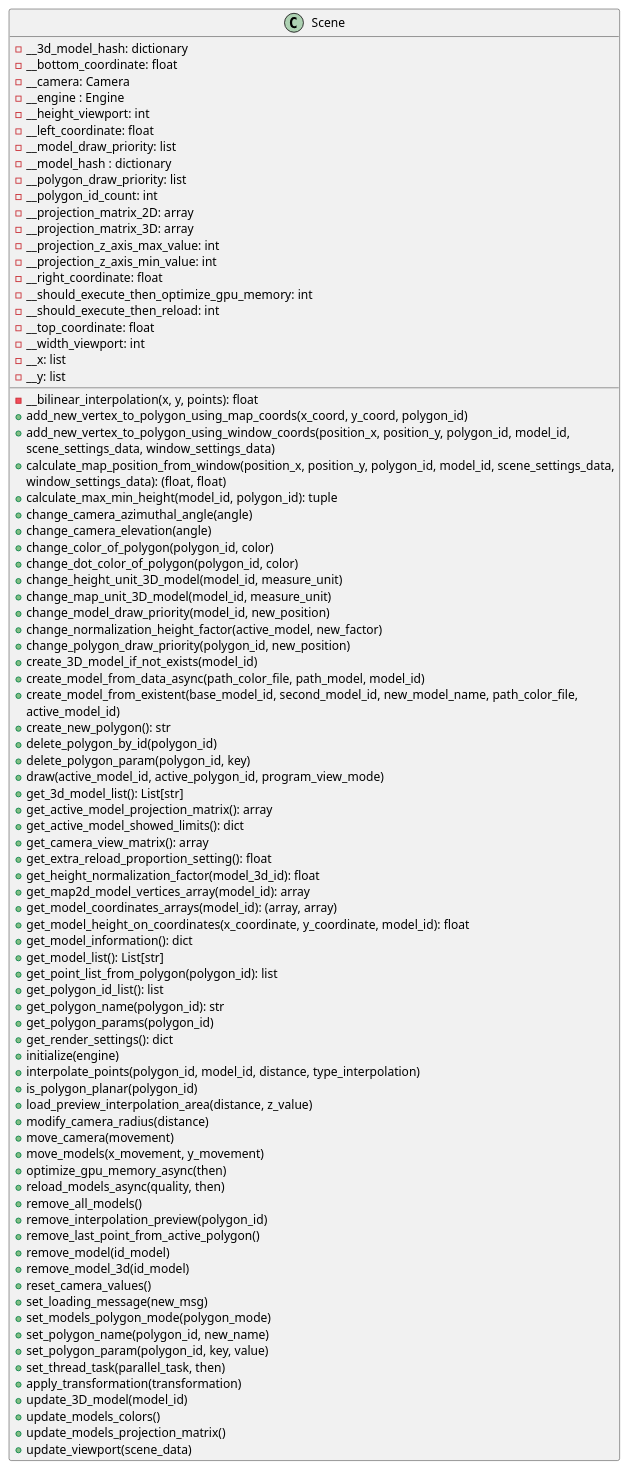
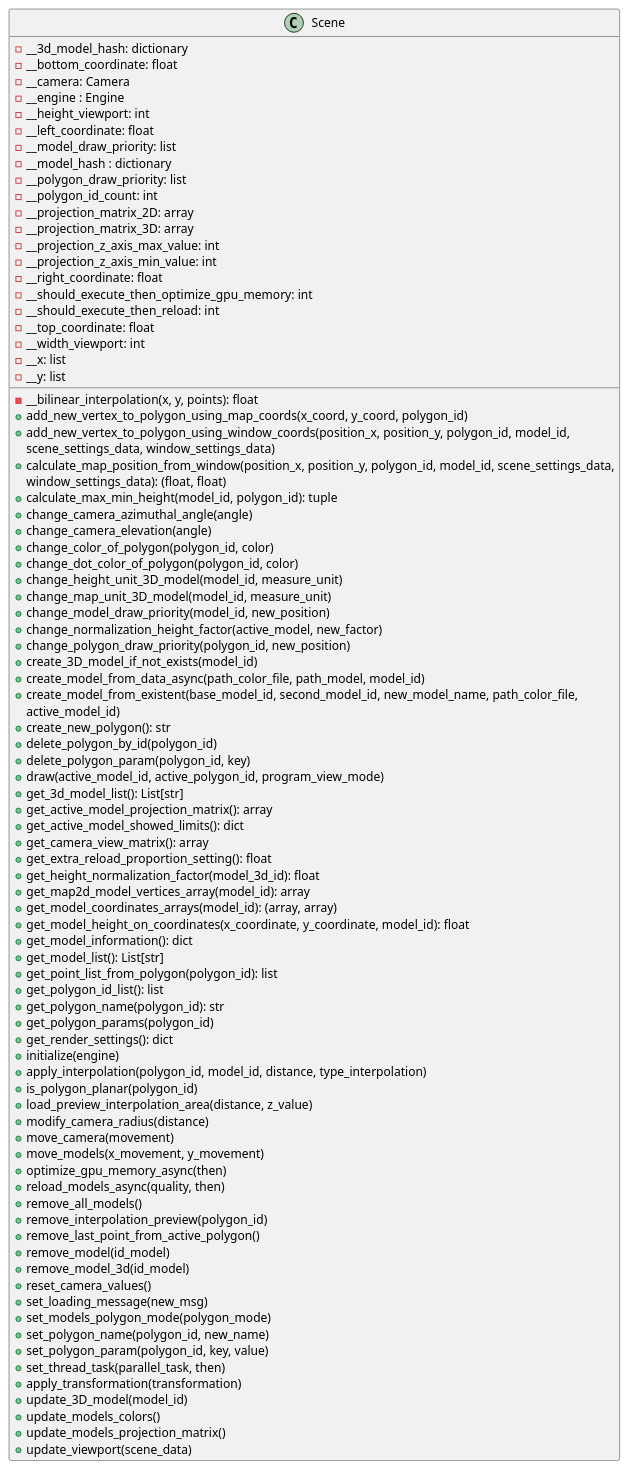
One commit to SergioAlvarezM/Proyecto_de_Memoria changed the diagram in docs/classes/Scene.puml. Above: the diagram before and after it, drawn with PlantUML. The commit also changed 7 other files, not shown here.

Commit message:
Refactor interpolate_points method to apply_interpolation.

```diff
--- a/docs/classes/Scene.puml
+++ b/docs/classes/Scene.puml
@@ -1,91 +1,91 @@
 @startuml
             class Scene{
                 - __bilinear_interpolation(x, y, points): float
                 + add_new_vertex_to_polygon_using_map_coords(x_coord, y_coord, polygon_id)
                 + add_new_vertex_to_polygon_using_window_coords(position_x, position_y, polygon_id, model_id,
                                                                 scene_settings_data, window_settings_data)
                 + calculate_map_position_from_window(position_x, position_y, polygon_id, model_id, scene_settings_data,
                                                        window_settings_data): (float, float)
                 + calculate_max_min_height(model_id, polygon_id): tuple
                 + change_camera_azimuthal_angle(angle)
                 + change_camera_elevation(angle)
                 + change_color_of_polygon(polygon_id, color)
                 + change_dot_color_of_polygon(polygon_id, color)
                 + change_height_unit_3D_model(model_id, measure_unit)
                 + change_map_unit_3D_model(model_id, measure_unit)
                 + change_model_draw_priority(model_id, new_position)
                 + change_normalization_height_factor(active_model, new_factor)
                 + change_polygon_draw_priority(polygon_id, new_position)
                 + create_3D_model_if_not_exists(model_id)
                 + create_model_from_data_async(path_color_file, path_model, model_id)
                 + create_model_from_existent(base_model_id, second_model_id, new_model_name, path_color_file,
                                               active_model_id)
                 + create_new_polygon(): str
                 + delete_polygon_by_id(polygon_id)
                 + delete_polygon_param(polygon_id, key)
                 + draw(active_model_id, active_polygon_id, program_view_mode)
                 + get_3d_model_list(): List[str]
                 + get_active_model_projection_matrix(): array
                 + get_active_model_showed_limits(): dict
                 + get_camera_view_matrix(): array
                 + get_extra_reload_proportion_setting(): float
                 + get_height_normalization_factor(model_3d_id): float
                 + get_map2d_model_vertices_array(model_id): array
                 + get_model_coordinates_arrays(model_id): (array, array)
                 + get_model_height_on_coordinates(x_coordinate, y_coordinate, model_id): float
                 + get_model_information(): dict
                 + get_model_list(): List[str]
                 + get_point_list_from_polygon(polygon_id): list
                 + get_polygon_id_list(): list
                 + get_polygon_name(polygon_id): str
                 + get_polygon_params(polygon_id)
                 + get_render_settings(): dict
                 + initialize(engine)
-                + interpolate_points(polygon_id, model_id, distance, type_interpolation)
+                + apply_interpolation(polygon_id, model_id, distance, type_interpolation)
                 + is_polygon_planar(polygon_id)
                 + load_preview_interpolation_area(distance, z_value)
                 + modify_camera_radius(distance)
                 + move_camera(movement)
                 + move_models(x_movement, y_movement)
                 + optimize_gpu_memory_async(then)
                 + reload_models_async(quality, then)
                 + remove_all_models()
                 + remove_interpolation_preview(polygon_id)
                 + remove_last_point_from_active_polygon()
                 + remove_model(id_model)
                 + remove_model_3d(id_model)
                 + reset_camera_values()
                 + set_loading_message(new_msg)
                 + set_models_polygon_mode(polygon_mode)
                 + set_polygon_name(polygon_id, new_name)
                 + set_polygon_param(polygon_id, key, value)
                 + set_thread_task(parallel_task, then)
                 + apply_transformation(transformation)
                 + update_3D_model(model_id)
                 + update_models_colors()
                 + update_models_projection_matrix()
                 + update_viewport(scene_data)
 
                 - __3d_model_hash: dictionary
                 - __bottom_coordinate: float
                 - __camera: Camera
                 - __engine : Engine
                 - __height_viewport: int
                 - __left_coordinate: float
                 - __model_draw_priority: list
                 - __model_hash : dictionary
                 - __polygon_draw_priority: list
                 - __polygon_id_count: int
                 - __projection_matrix_2D: array
                 - __projection_matrix_3D: array
                 - __projection_z_axis_max_value: int
                 - __projection_z_axis_min_value: int
                 - __right_coordinate: float
                 - __should_execute_then_optimize_gpu_memory: int
                 - __should_execute_then_reload: int
                 - __top_coordinate: float
                 - __width_viewport: int
                 - __x: list
                 - __y: list
             }
 @enduml
```
